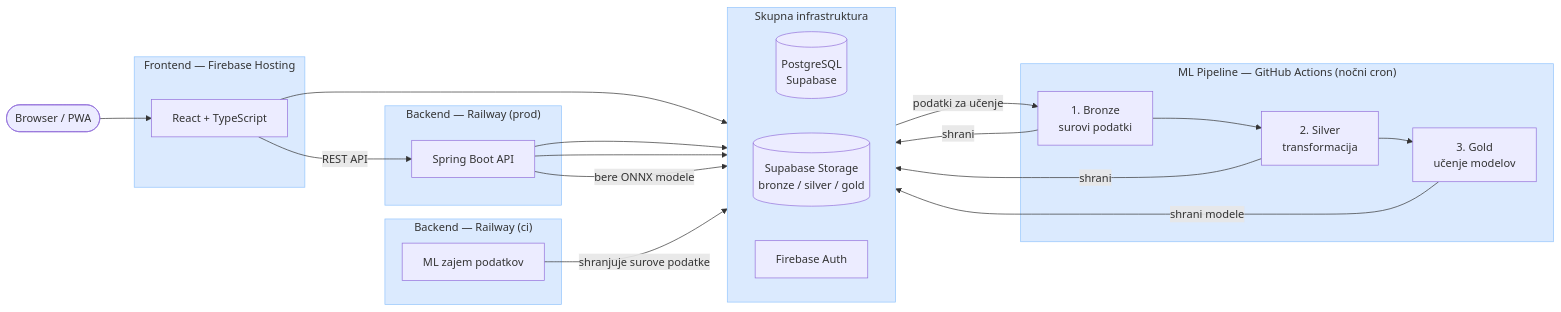
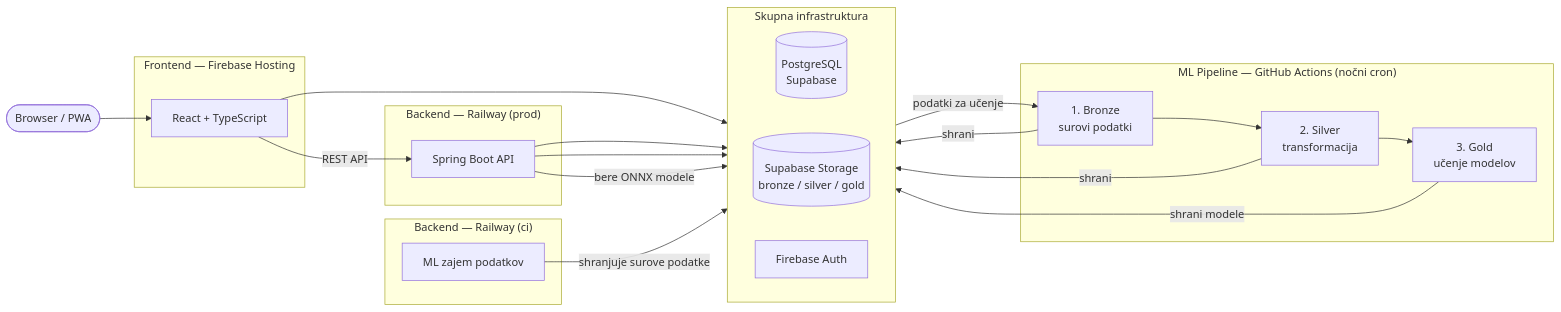
Before and after one commit to MikeDQG/sibam: the diagram in README.md, drawn with Mermaid. The commit also changed other lines of this file and 1 other file, not shown here.

Commit message:
SCRUM-128 Posodobljen dpu tudi za dark mode, tudi posodobljem mermaid diagram

````diff
--- a/README.md
+++ b/README.md
@@ -109,43 +114,42 @@
 ```mermaid
-%%{init: {'themeVariables': {'clusterBkg': '#dbeafe', 'clusterBorder': '#93c5fd'}}}%%
 flowchart LR
     User([Browser / PWA])
 
     subgraph Frontend ["Frontend — Firebase Hosting"]
         FE[React + TypeScript]
     end
 
     subgraph BackendProd ["Backend — Railway (prod)"]
         BE[Spring Boot API]
     end
 
     subgraph BackendCI ["Backend — Railway (ci)"]
         COLLECT[ML zajem podatkov]
     end
 
     subgraph ML ["ML Pipeline — GitHub Actions (nočni cron)"]
         BRONZE[1. Bronze\nsurovi podatki]
         SILVER[2. Silver\ntransformacija]
         GOLD[3. Gold\nučenje modelov]
         BRONZE --> SILVER --> GOLD
     end
 
     subgraph Infra ["Skupna infrastruktura"]
         direction LR
         DB[(PostgreSQL\nSupabase)]
         Storage[(Supabase Storage\nbronze / silver / gold)]
         Auth[Firebase Auth]
     end
 
     User --> FE
     FE -->|REST API| BE
     FE --> Auth
     BE --> Auth
     BE --> DB
     BE -->|bere ONNX modele| Storage
     COLLECT -->|shranjuje surove podatke| DB
     DB -->|podatki za učenje| BRONZE
     BRONZE -->|shrani| Storage
     SILVER -->|shrani| Storage
     GOLD -->|shrani modele| Storage
 ```
````
